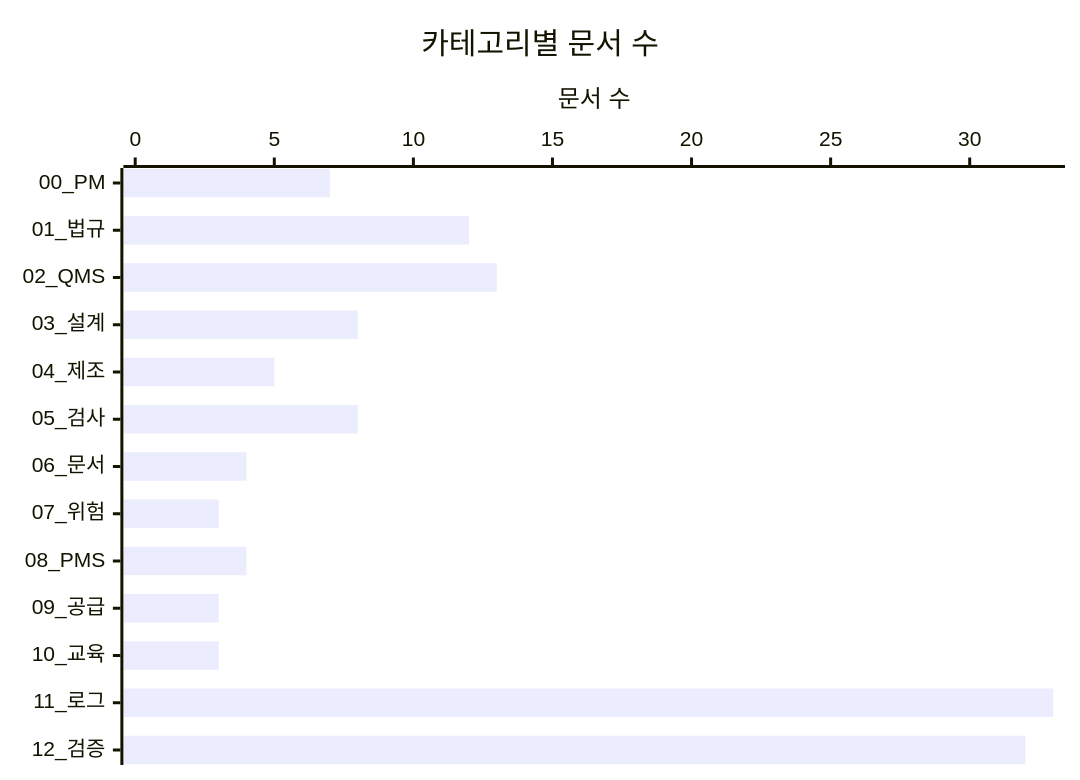
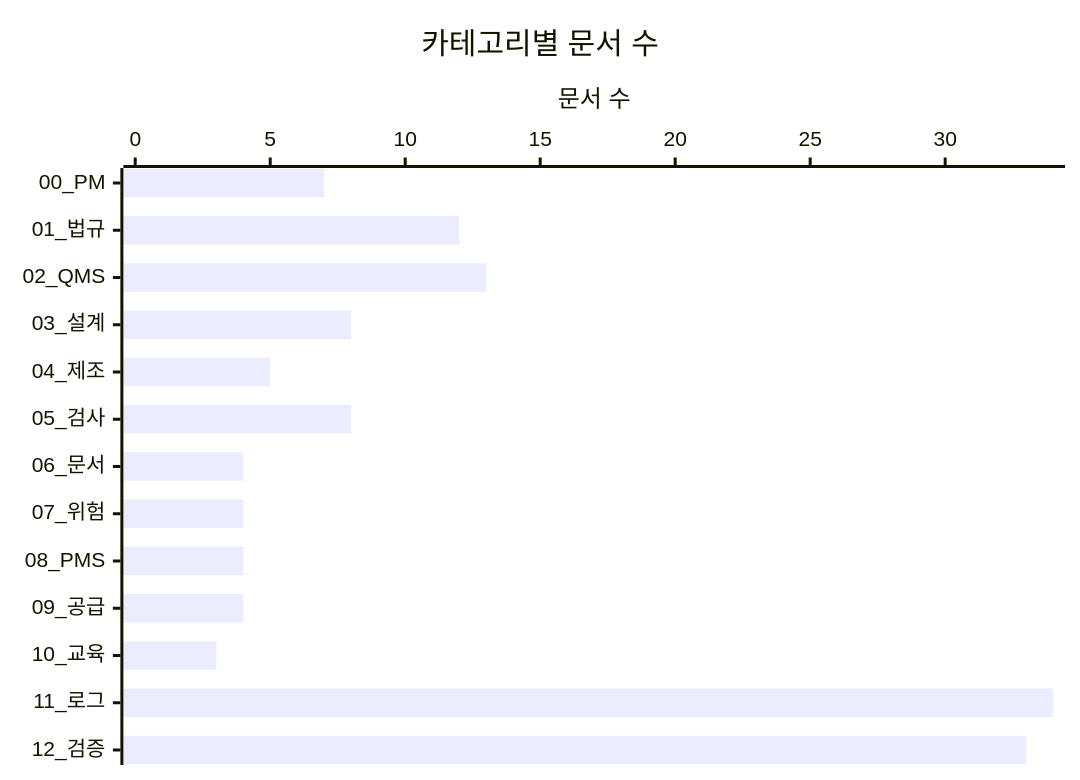
The second of 4 diagrams in README.md (holee9/MD-process), drawn with Mermaid before and after one commit. The commit also changed other lines of this file, not shown here.

````diff
--- a/README.md
+++ b/README.md
@@ -98,8 +98,8 @@
 ```mermaid
 %%{init: {"theme":"default"}}%%
 xychart-beta horizontal
     title "카테고리별 문서 수"
     x-axis ["00_PM","01_법규","02_QMS","03_설계","04_제조","05_검사","06_문서","07_위험","08_PMS","09_공급","10_교육","11_로그","12_검증"]
-    y-axis "문서 수" 0 --> 33
-    bar [7,12,13,8,5,8,4,3,4,3,3,33,32]
+    y-axis "문서 수" 0 --> 34
+    bar [7,12,13,8,5,8,4,4,4,4,3,34,33]
 ```
````
